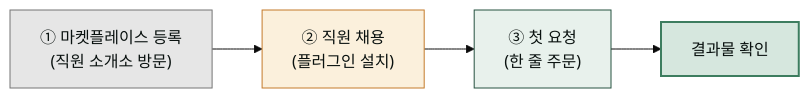
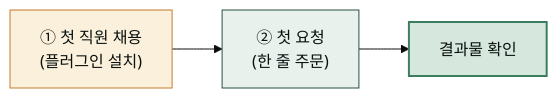
One commit to modu-ai/cowork-plugins changed the diagram in www/content/getting-started/first-task.md. Above: the diagram before and after it, drawn with Mermaid (base theme). The commit also changed other lines of this file and 3 other files, not shown here.

````diff
--- a/www/content/getting-started/first-task.md
+++ b/www/content/getting-started/first-task.md
@@ -13,11 +13,9 @@
 ```mermaid
 flowchart LR
-   A["① 마켓플레이스 등록<br/>(직원 소개소 방문)"] --> B["② 직원 채용<br/>(플러그인 설치)"]
-   B --> C["③ 첫 요청<br/>(한 줄 주문)"]
-   C --> D["결과물 확인"]
+   A["① 첫 직원 채용<br/>(플러그인 설치)"] --> B["② 첫 요청<br/>(한 줄 주문)"]
+   B --> C["결과물 확인"]
 
-   style A fill:#e6e6e6,stroke:#757575,color:#09110f
-   style B fill:#fbf0dc,stroke:#c47b2a,color:#09110f
-   style C fill:#e8f1ec,stroke:#265240,color:#09110f
-   style D fill:#d6e7de,stroke:#3d7d5f,stroke-width:2px,color:#09110f
+   style A fill:#fbf0dc,stroke:#c47b2a,color:#09110f
+   style B fill:#e8f1ec,stroke:#265240,color:#09110f
+   style C fill:#d6e7de,stroke:#3d7d5f,stroke-width:2px,color:#09110f
 ```
````
